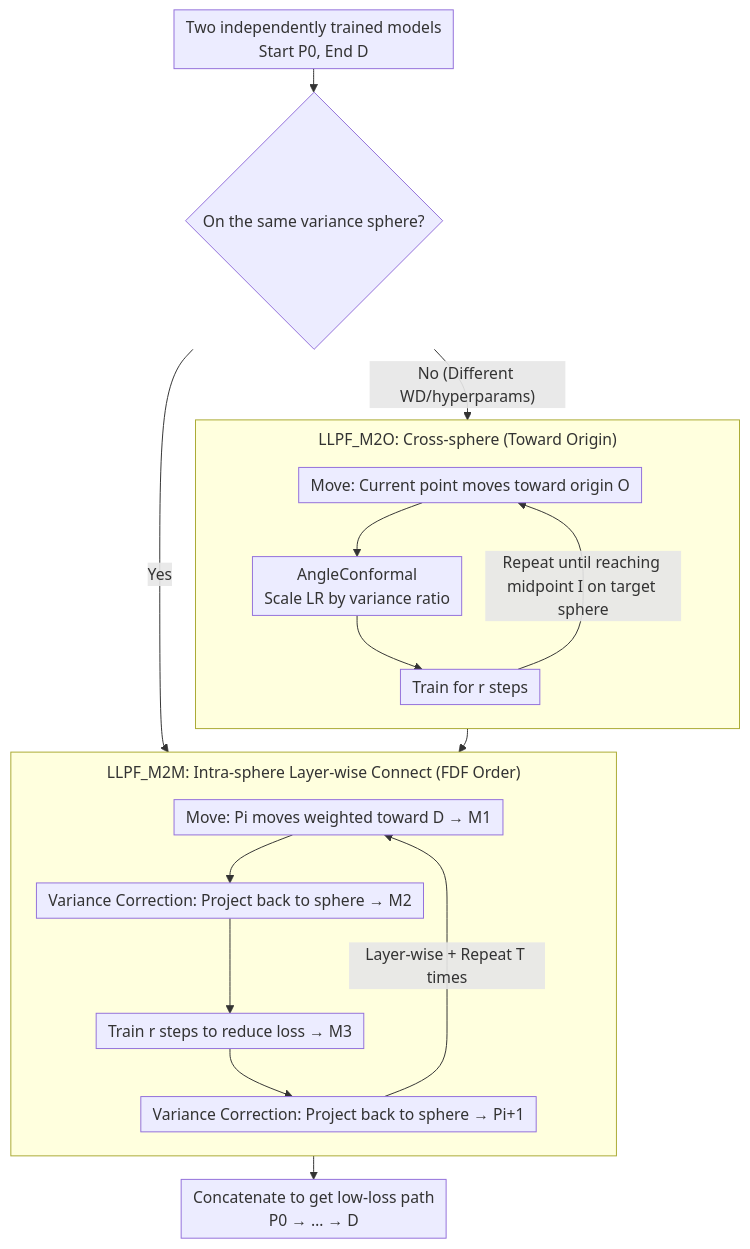
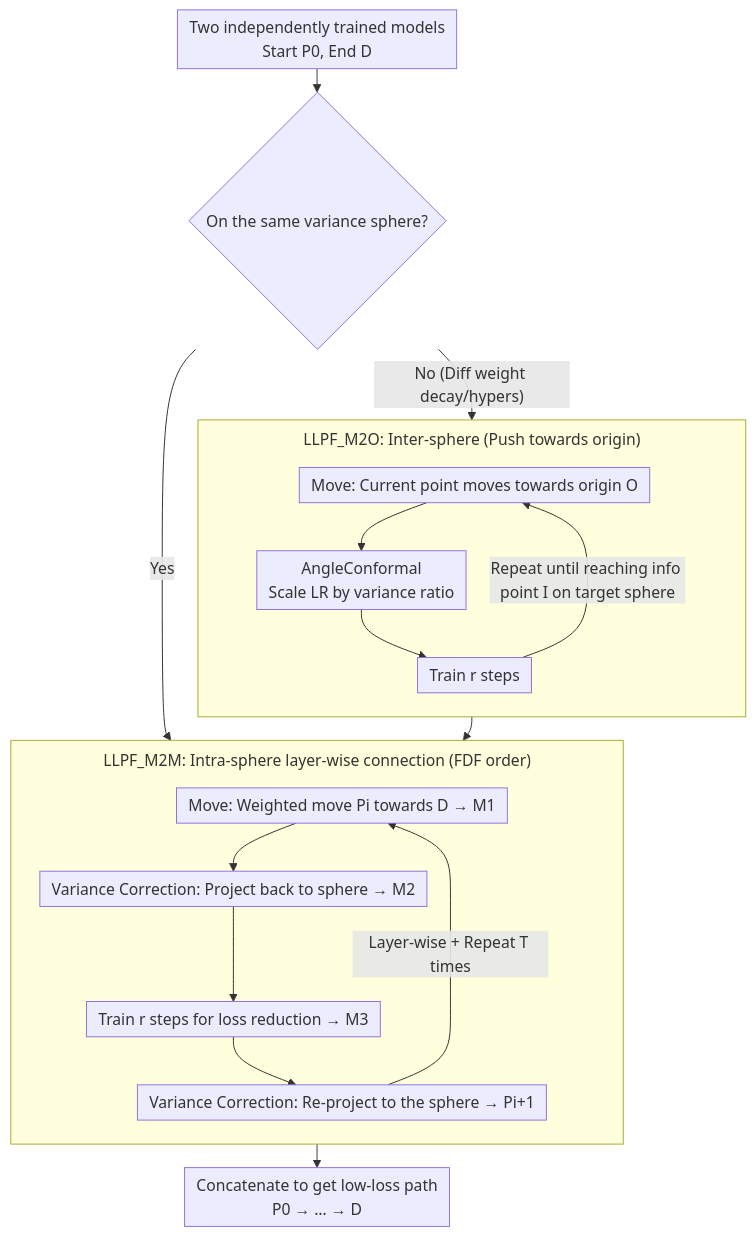
The diagram in docs/ICML2026/others/connecting_independently_trained_modes_via_layer-wise_connectivity.md (zhaoyang97/Paper-Notes-en), drawn with Mermaid before and after one commit. The commit also changed other lines of this file and 5084 other files, not shown here.

````diff
--- a/docs/ICML2026/others/connecting_independently_trained_modes_via_layer-wise_connectivity.md
+++ b/docs/ICML2026/others/connecting_independently_trained_modes_via_layer-wise_connectivity.md
@@ -44,24 +44,24 @@
 ```mermaid
 %%{init: {'flowchart': {'rankSpacing': 24, 'nodeSpacing': 28, 'padding': 6, 'wrappingWidth': 400, 'subGraphTitleMargin': {'top': 8, 'bottom': 16}}}}%%
 flowchart TD
     A["Two independently trained models<br/>Start P0, End D"] --> B{"On the same variance sphere?"}
-    B -->|"No (Different WD/hyperparams)"| O
+    B -->|"No (Diff weight decay/hypers)"| O
     B -->|"Yes"| M2M
 
-    subgraph O["LLPF_M2O: Cross-sphere (Toward Origin)"]
+    subgraph O["LLPF_M2O: Inter-sphere (Push towards origin)"]
         direction TB
-        O1["Move: Current point moves toward origin O"] --> O2["AngleConformal<br/>Scale LR by variance ratio"]
-        O2 --> O3["Train for r steps"]
-        O3 -->|"Repeat until reaching midpoint I on target sphere"| O1
+        O1["Move: Current point moves towards origin O"] --> O2["AngleConformal<br/>Scale LR by variance ratio"]
+        O2 --> O3["Train r steps"]
+        O3 -->|"Repeat until reaching info point I on target sphere"| O1
     end
     O --> M2M
 
-    subgraph M2M["LLPF_M2M: Intra-sphere Layer-wise Connect (FDF Order)"]
+    subgraph M2M["LLPF_M2M: Intra-sphere layer-wise connection (FDF order)"]
         direction TB
-        S1["Move: Pi moves weighted toward D → M1"] --> S2["Variance Correction: Project back to sphere → M2"]
-        S2 --> S3["Train r steps to reduce loss → M3"]
-        S3 --> S4["Variance Correction: Project back to sphere → Pi+1"]
+        S1["Move: Weighted move Pi towards D → M1"] --> S2["Variance Correction: Project back to sphere → M2"]
+        S2 --> S3["Train r steps for loss reduction → M3"]
+        S3 --> S4["Variance Correction: Re-project to the sphere → Pi+1"]
         S4 -->|"Layer-wise + Repeat T times"| S1
     end
     M2M --> Z["Concatenate to get low-loss path<br/>P0 → … → D"]
 ```
````
